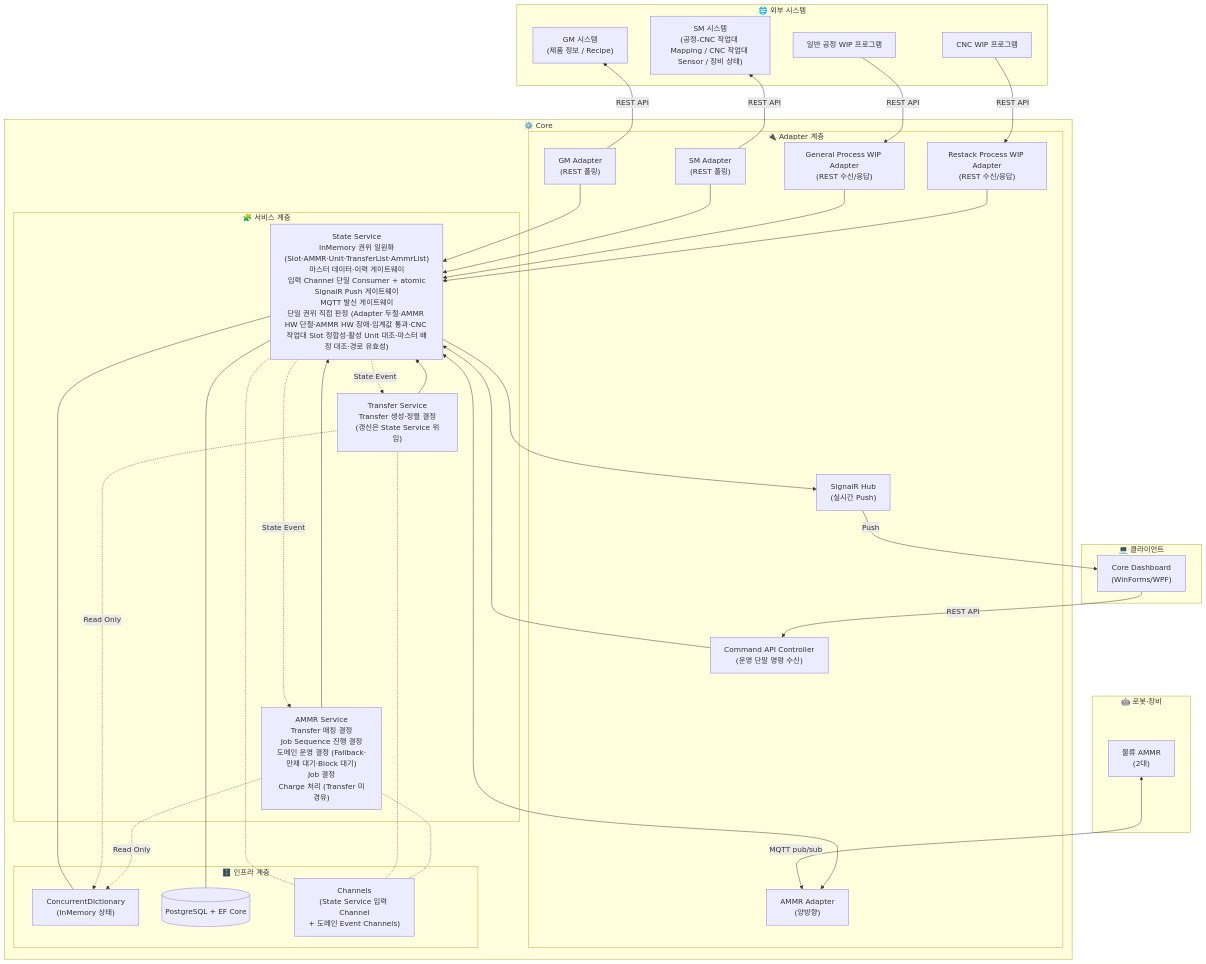
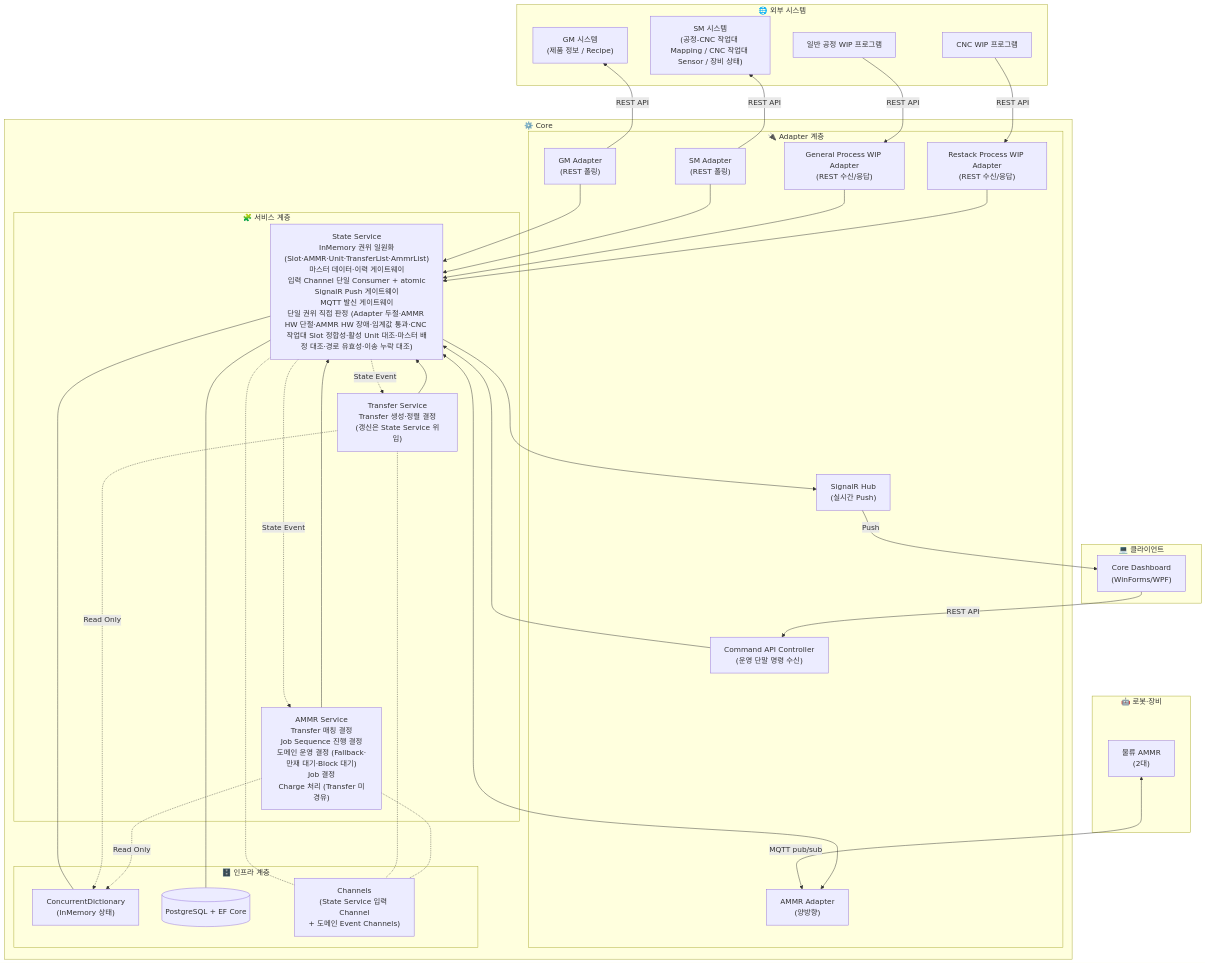
The third of 3 diagrams in docs/Core_SAD.md (kimminsu0315/Core-Docs), drawn with Mermaid before and after one commit. The commit also changed other lines of this file and 7 other files, not shown here.

```diff
--- a/docs/Core_SAD.md
+++ b/docs/Core_SAD.md
@@ -298,7 +298,7 @@
         end
 
         subgraph Service["🧩 서비스 계층"]
-            StateService["State Service<br/>InMemory 권위 일원화<br/>(Slot·AMMR·Unit·TransferList·AmmrList)<br/>마스터 데이터·이력 게이트웨이<br/>입력 Channel 단일 Consumer + atomic<br/>SignalR Push 게이트웨이<br/>MQTT 발신 게이트웨이<br/>단일 권위 직접 판정 (Adapter 두절·AMMR HW 단절·AMMR HW 장애·임계값 통과·CNC 작업대 Slot 정합성·활성 Unit 대조·마스터 배정 대조·경로 유효성)"]
+            StateService["State Service<br/>InMemory 권위 일원화<br/>(Slot·AMMR·Unit·TransferList·AmmrList)<br/>마스터 데이터·이력 게이트웨이<br/>입력 Channel 단일 Consumer + atomic<br/>SignalR Push 게이트웨이<br/>MQTT 발신 게이트웨이<br/>단일 권위 직접 판정 (Adapter 두절·AMMR HW 단절·AMMR HW 장애·임계값 통과·CNC 작업대 Slot 정합성·활성 Unit 대조·마스터 배정 대조·경로 유효성·이송 누락 대조)"]
             TransferService["Transfer Service<br/>Transfer 생성·정렬 결정<br/>(갱신은 State Service 위임)"]
             AMMRService["AMMR Service<br/>Transfer 매칭 결정<br/>Job Sequence 진행 결정<br/>도메인 운영 결정 (Fallback·만재 대기·Block 대기)<br/>Job 결정<br/>Charge 처리 (Transfer 미경유)"]
         end
```
